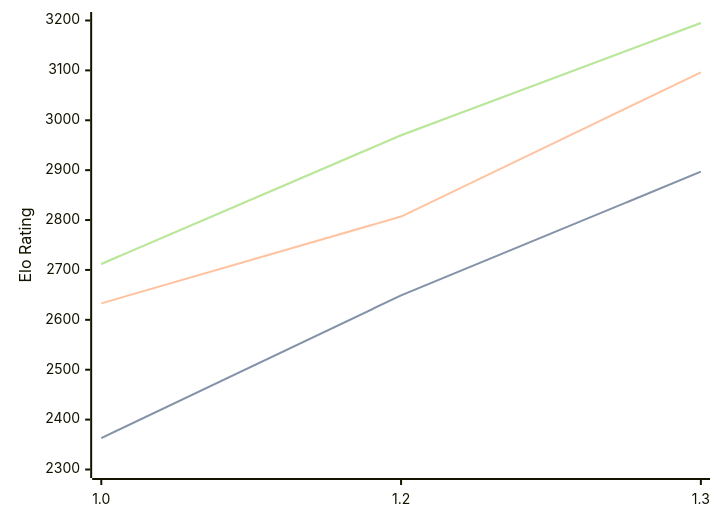
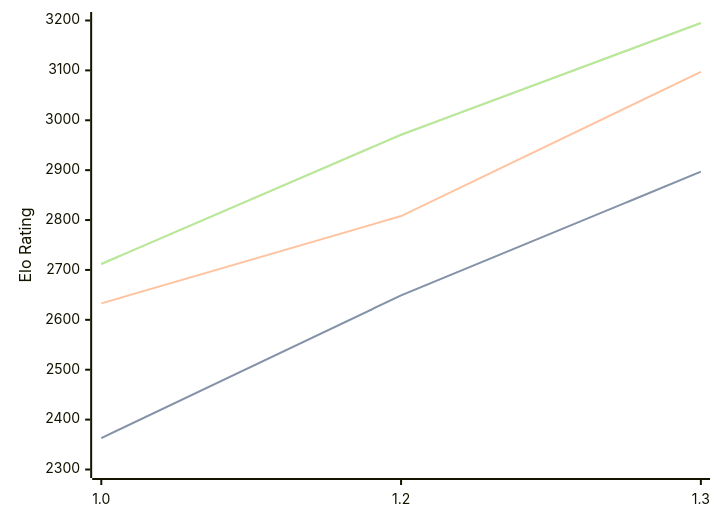
The diagram in engines/Chessnix.md (computer-chess-index/cci), drawn with Mermaid before and after one commit. The commit also changed other lines of this file, not shown here.

Commit message:
Update CCI Ratings (ELO VLTC) - 2026-04-13

````diff
--- a/engines/Chessnix.md
+++ b/engines/Chessnix.md
@@ -35,11 +35,11 @@
 ```mermaid
 %%{init: {"theme":"base","themeVariables":{"seriesColors:['#a3a3a3','#222221','#faa371']}}}%%
 xychart-beta
   x-axis ["1.0", "1.2", "1.3"]
   y-axis "Elo Rating" 2300 --> 3200
   line "STC (8.0+0.08s)" [2363, 2649, 2897]
   line "STC (8.0+0.08s)" [2363, 2649, 2897]
-  line "LTC (60.0+0.60s)" [2633, 2807, 3096]
-  line "VLTC (2m24s+1.12s)" [2712, 2970, 3195]
-  line "VLTC (2m24s+1.12s)" [2712, 2970, 3195]
+  line "LTC (60.0+0.60s)" [2633, 2808, 3097]
+  line "VLTC (2m24s+1.12s)" [2712, 2971, 3195]
+  line "VLTC (2m24s+1.12s)" [2712, 2971, 3195]
 ```
````
